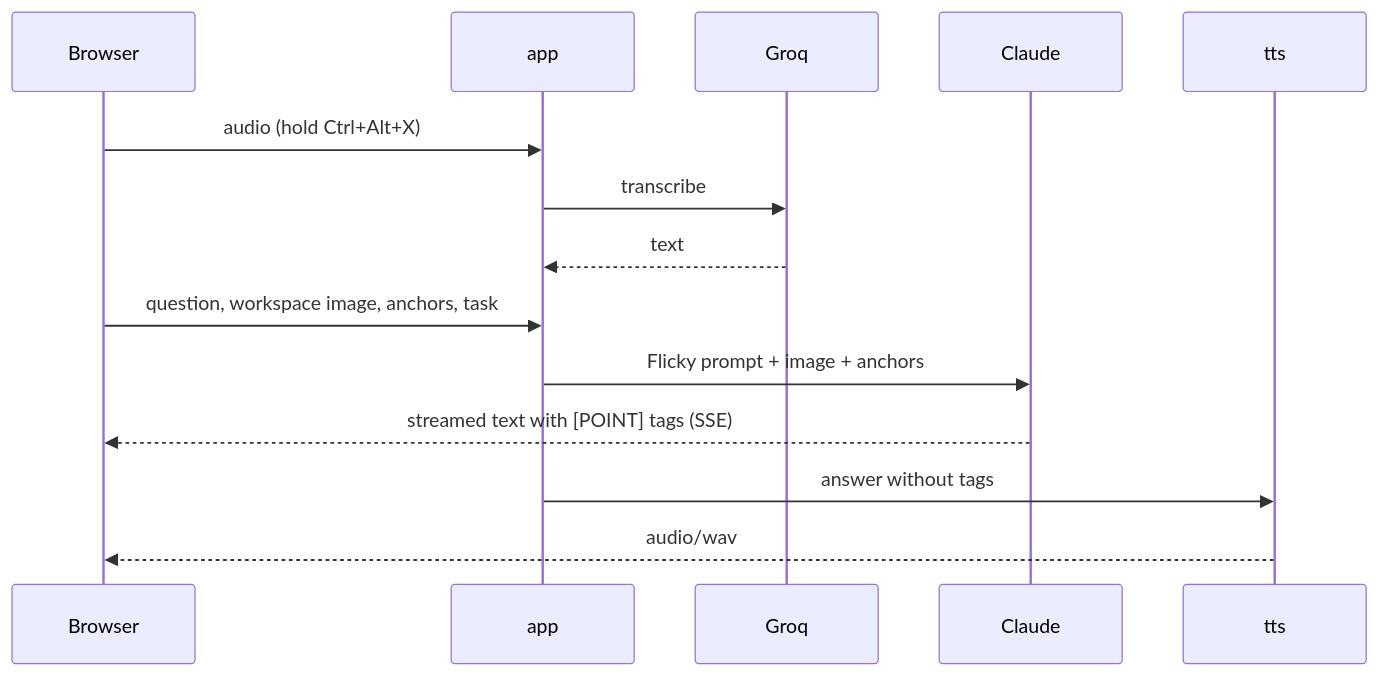
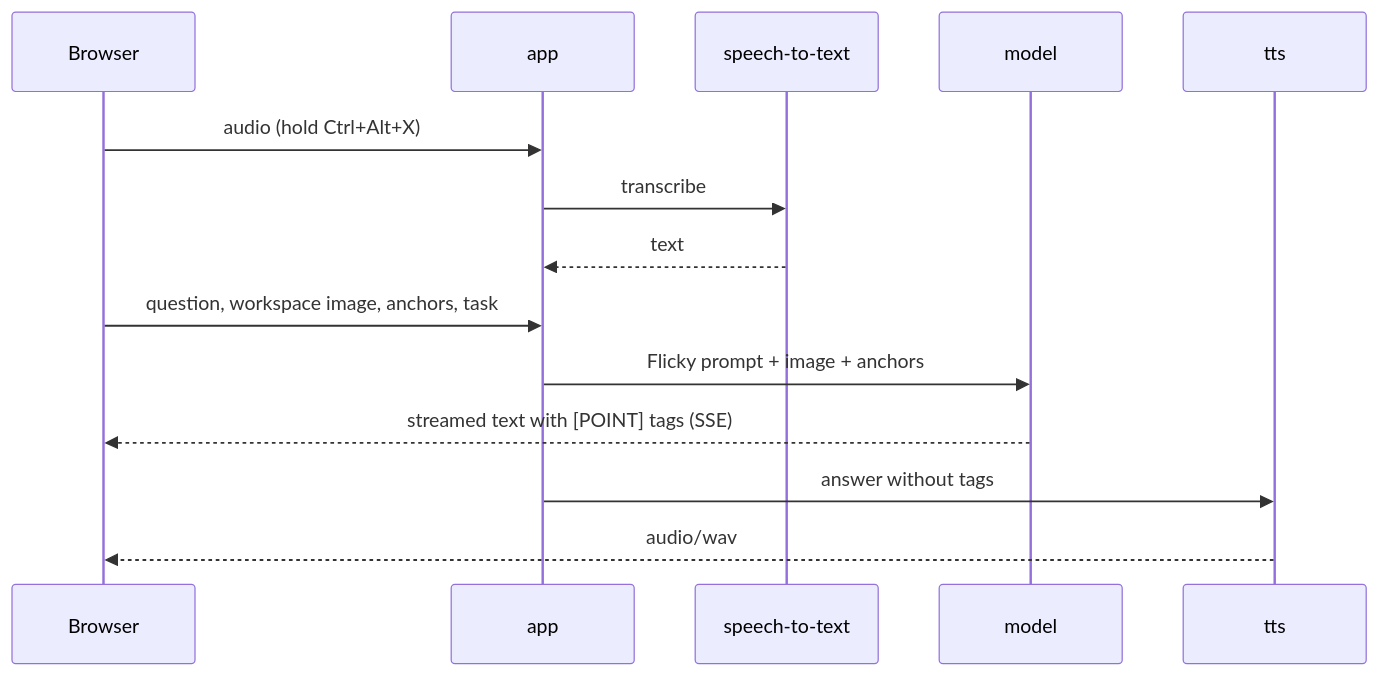
The second of 2 diagrams in docs/ARCHITECTURE.md (Zimran-Business-Cup/1), drawn with Mermaid before and after one commit. The commit also changed other lines of this file and 12 other files, not shown here.

````diff
--- a/docs/ARCHITECTURE.md
+++ b/docs/ARCHITECTURE.md
@@ -56,16 +58,16 @@
 ```mermaid
 sequenceDiagram
   participant B as Browser
   participant A as app
-  participant G as Groq
-  participant C as Claude
+  participant G as speech-to-text
+  participant C as model
   participant K as tts
   B->>A: audio (hold Ctrl+Alt+X)
   A->>G: transcribe
   G-->>A: text
   B->>A: question, workspace image, anchors, task
   A->>C: Flicky prompt + image + anchors
   C-->>B: streamed text with [POINT] tags (SSE)
   A->>K: answer without tags
   K-->>B: audio/wav
 ```
````
